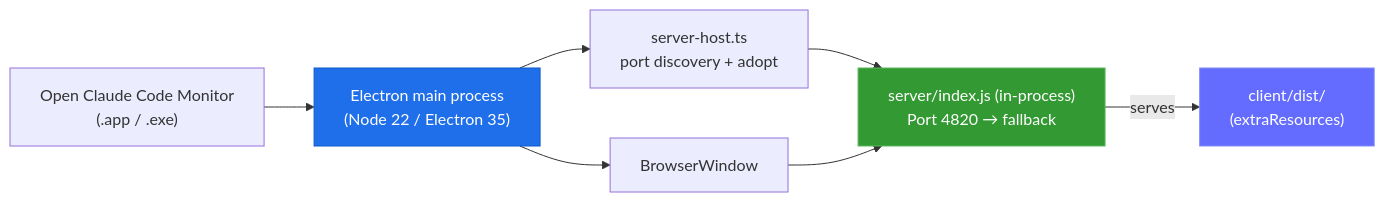
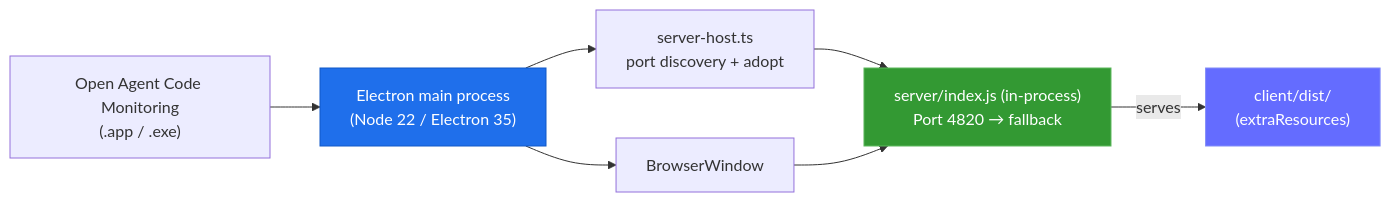
Before and after one commit to billphamhypertek/agent-code-monitoring: diagram 44 of 48 in ARCHITECTURE.md, drawn with Mermaid. The commit also changed other lines of this file and 53 other files, not shown here.

````diff
--- a/ARCHITECTURE.md
+++ b/ARCHITECTURE.md
@@ -2512,13 +2512,13 @@
 ```mermaid
 graph LR
-    LAUNCH["Open Claude Code Monitor<br/>(.app / .exe)"] --> MAIN["Electron main process<br/>(Node 22 / Electron 35)"]
+    LAUNCH["Open Agent Code Monitoring<br/>(.app / .exe)"] --> MAIN["Electron main process<br/>(Node 22 / Electron 35)"]
     MAIN --> HOST["server-host.ts<br/>port discovery + adopt"]
     HOST --> SERVER["server/index.js (in-process)<br/>Port 4820 → fallback"]
     SERVER -->|serves| DIST["client/dist/<br/>(extraResources)"]
     MAIN --> WIN["BrowserWindow"]
     WIN --> SERVER
 
     style MAIN fill:#1f6feb,stroke:#1158c7,color:#fff
     style SERVER fill:#339933,stroke:#5cb85c,color:#fff
     style DIST fill:#646CFF,stroke:#818cf8,color:#fff
 ```
````
